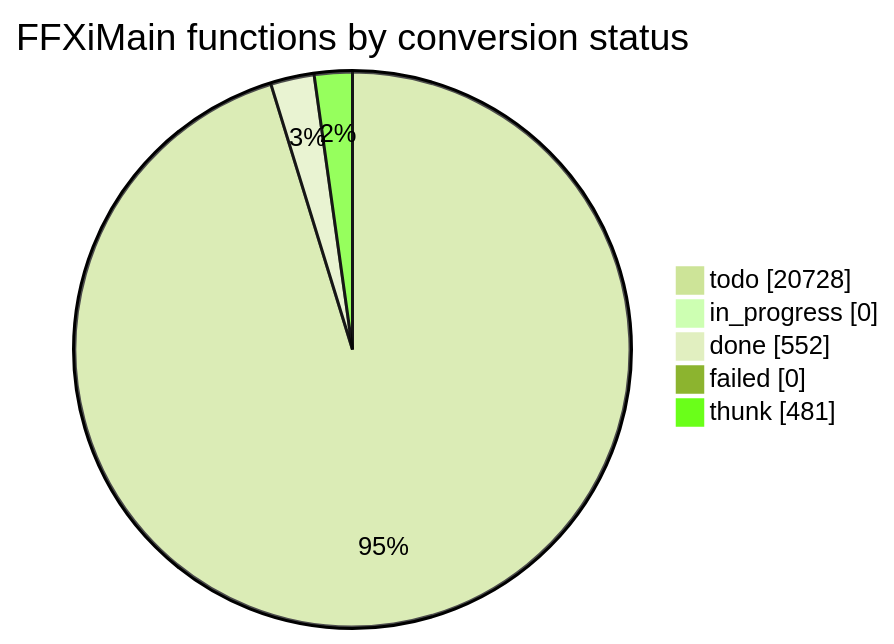
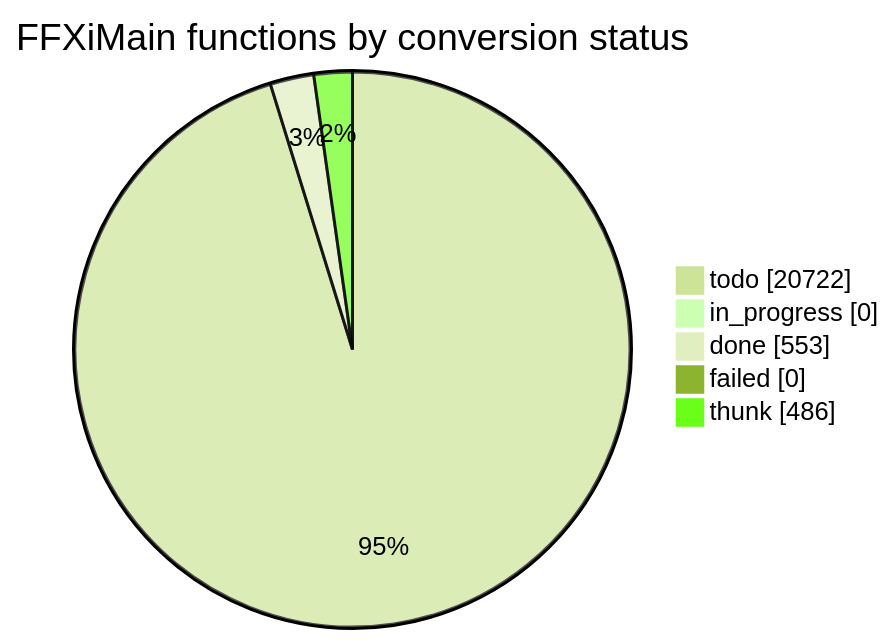
The diagram in docs/cow/STATUS.md (cowrevenge/cow_kuluu_xi_anything), drawn with Mermaid (forest theme) before and after one commit. The commit also changed other lines of this file and 9 other files, not shown here.

````diff
--- a/docs/cow/STATUS.md
+++ b/docs/cow/STATUS.md
@@ -18,9 +18,9 @@
 ```mermaid
 pie showData
     title FFXiMain functions by conversion status
-    "todo" : 20728
+    "todo" : 20722
     "in_progress" : 0
-    "done" : 552
+    "done" : 553
     "failed" : 0
-    "thunk" : 481
+    "thunk" : 486
 ```
````
